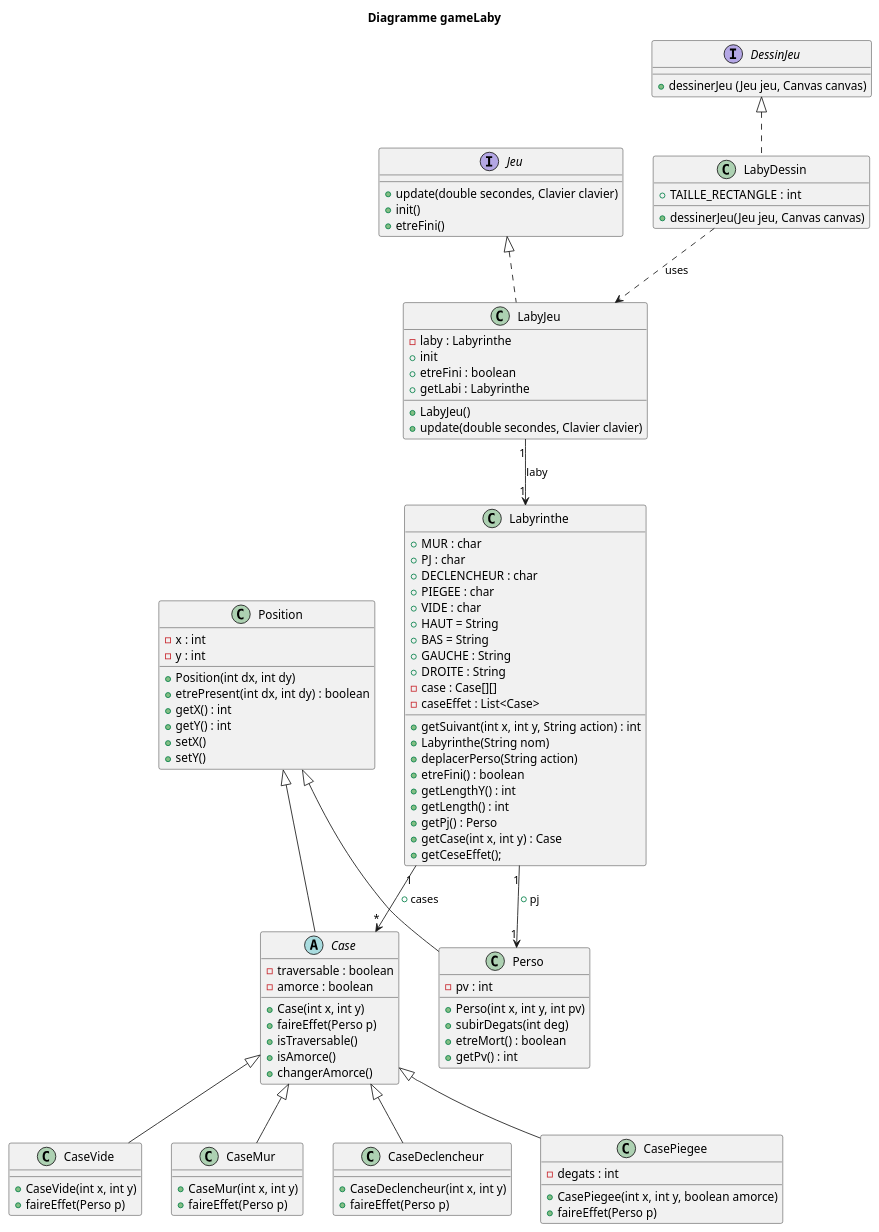
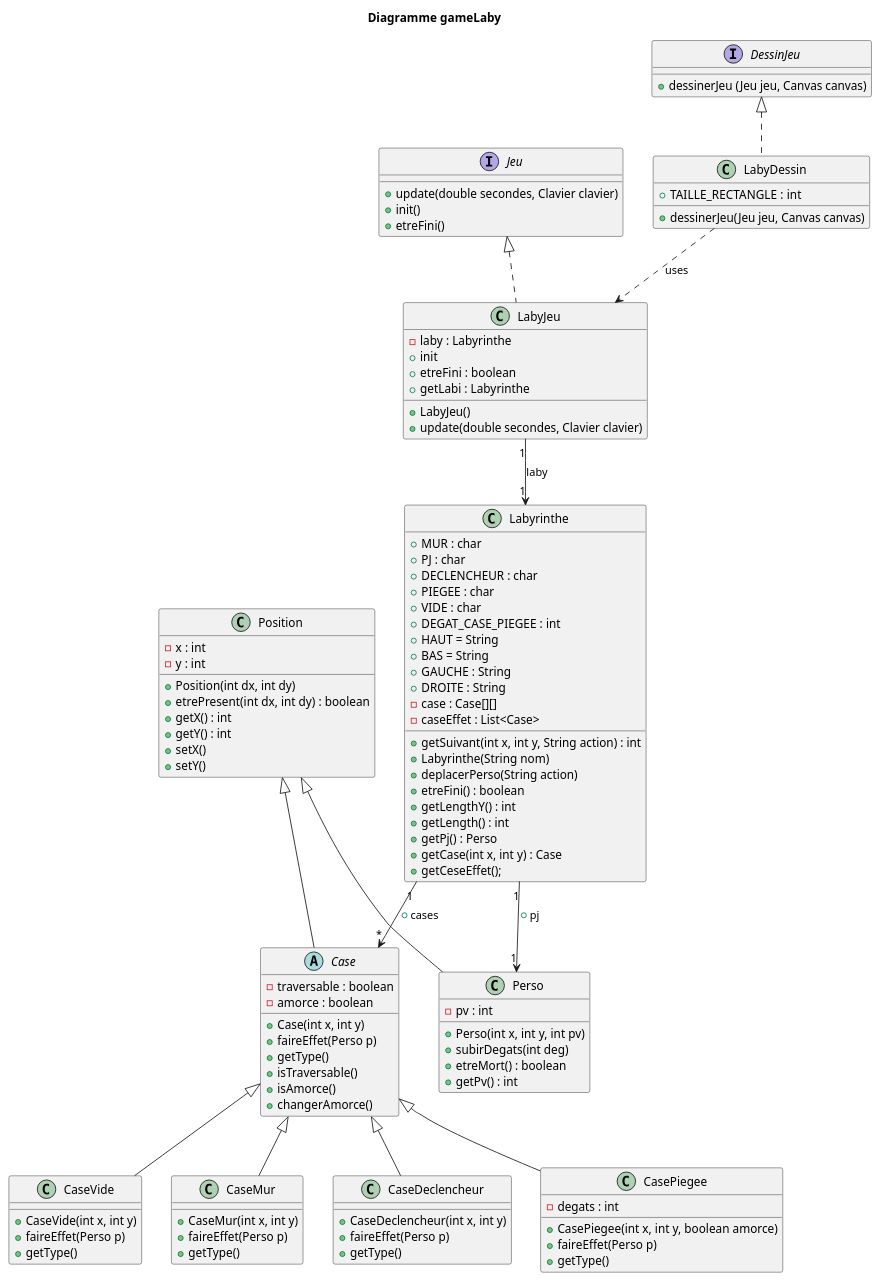
One commit to Cedran-Bastien/2022_Zeldiablo_Retter_Perez_Hergott_Bastien changed the diagram in zeldiablo/src/gameLaby/laby/caseEffet/Diagramme_De_Classe.puml. Above: the diagram before and after it, drawn with PlantUML. The commit also changed 13 other files, not shown here.

```diff
--- a/zeldiablo/src/gameLaby/laby/caseEffet/Diagramme_De_Classe.puml
+++ b/zeldiablo/src/gameLaby/laby/caseEffet/Diagramme_De_Classe.puml
@@ -1,125 +1,133 @@
 @startuml
 'https://plantuml.com/class-diagram
 
 title Diagramme gameLaby
 
 interface Jeu {
     +update(double secondes, Clavier clavier)
     +init()
     +etreFini()
     }
 
 interface DessinJeu {
     +dessinerJeu (Jeu jeu, Canvas canvas)
     }
 
 
 
 class LabyDessin{
     +TAILLE_RECTANGLE : int
     +dessinerJeu(Jeu jeu, Canvas canvas)
 }
 
 class LabyJeu{
     -laby : Labyrinthe
     +LabyJeu()
     +update(double secondes, Clavier clavier)
     +init
     +etreFini : boolean
     +getLabi : Labyrinthe
     }
 
 class Position{
     -x : int
     -y : int
     +Position(int dx, int dy)
     +etrePresent(int dx, int dy) : boolean
     +getX() : int
     +getY() : int
     +setX()
     +setY()
     }
 
 abstract Case {
     - traversable : boolean
     - amorce : boolean
     +Case(int x, int y)
     +faireEffet(Perso p)
+    +getType()
     +isTraversable()
     +isAmorce()
     +changerAmorce()
     }
 
 
 class Perso {
     -pv : int
     +Perso(int x, int y, int pv)
     +subirDegats(int deg)
     +etreMort() : boolean
     +getPv() : int
 }
 
 class Labyrinthe{
     +MUR : char
     +PJ : char
     +DECLENCHEUR : char
     +PIEGEE : char
     +VIDE : char
+    +DEGAT_CASE_PIEGEE : int
     +HAUT = String
     +BAS = String
     +GAUCHE : String
     +DROITE : String
     -case : Case[][]
     -caseEffet : List<Case>
     +getSuivant(int x, int y, String action) : int
     +Labyrinthe(String nom)
     +deplacerPerso(String action)
     +etreFini() : boolean
      +getLengthY() : int
      +getLength() : int
      +getPj() : Perso
      +getCase(int x, int y) : Case
      +getCeseEffet();
     }
 
 class CaseVide {
     +CaseVide(int x, int y)
     +faireEffet(Perso p)
+    +getType()
 }
 
 class CaseMur {
     +CaseMur(int x, int y)
     +faireEffet(Perso p)
+    +getType()
 }
 
 class CaseDeclencheur {
     +CaseDeclencheur(int x, int y)
     +faireEffet(Perso p)
+    +getType()
+
 
 
 }
 
 class CasePiegee {
     -degats : int
     +CasePiegee(int x, int y, boolean amorce)
     +faireEffet(Perso p)
+    +getType()
+
 
 
 }
 
 
 DessinJeu <|.. LabyDessin
 Jeu <|.. LabyJeu
 Position <|-- Perso
 Position <|-- Case
 Labyrinthe "1" --> "1" Perso : +pj
 Labyrinthe "1" --> "*" Case : +cases
 LabyDessin ..> LabyJeu : uses
 LabyJeu "1" --> "1" Labyrinthe : laby
 Case <|-- CaseVide
 Case <|-- CaseMur
 Case <|-- CasePiegee
 Case <|-- CaseDeclencheur
 
 
 @enduml
```
